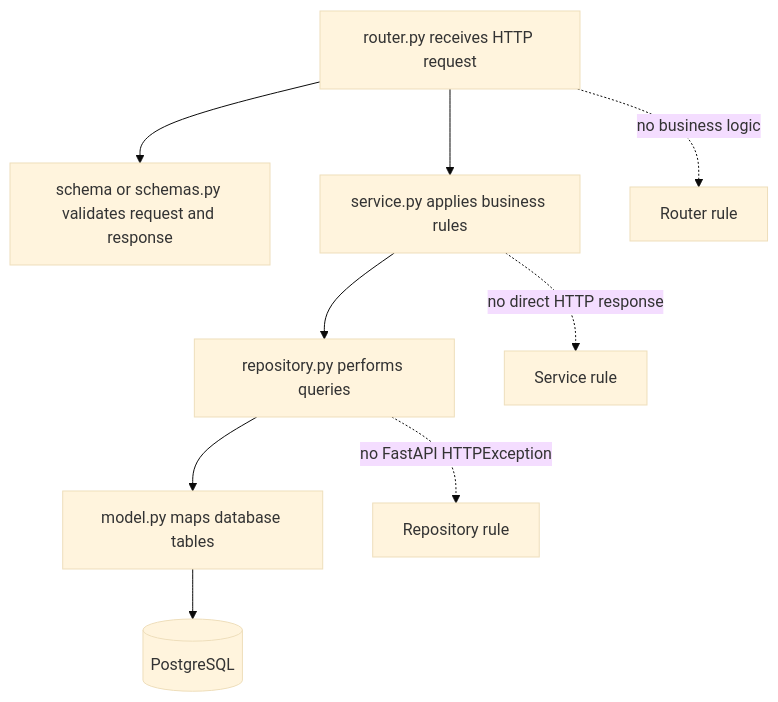
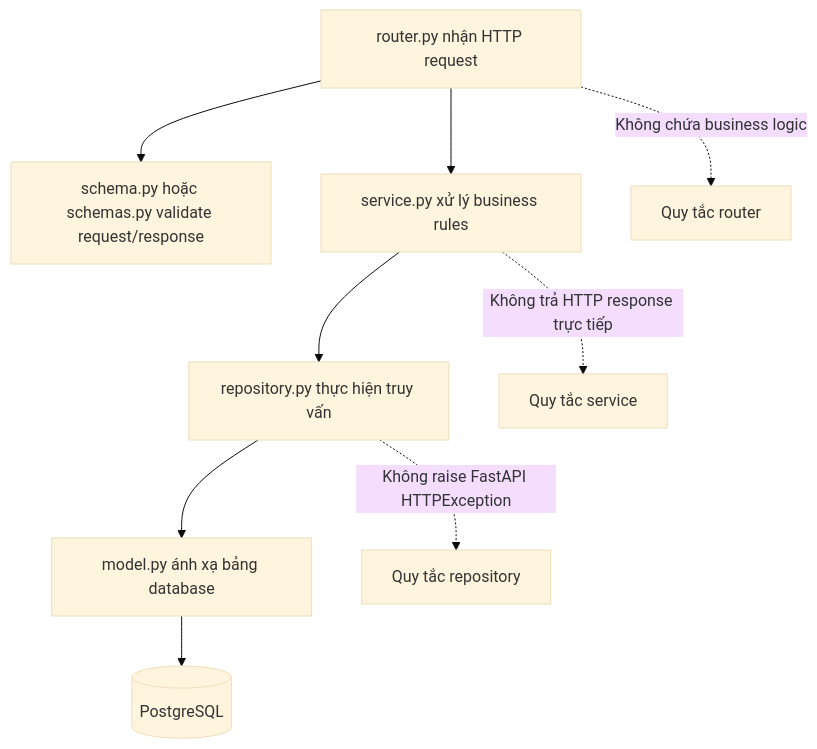
Before and after one commit to VanTruong475/research-thesis-portal: the ninth of 10 diagrams in docs/diagrams_research_thesis_portal.md, drawn with Mermaid (base theme). The commit also changed other lines of this file, not shown here.

Commit message:
docs(diagrams): localize current project Mermaid diagrams

````diff
--- a/docs/diagrams_research_thesis_portal.md
+++ b/docs/diagrams_research_thesis_portal.md
@@ -533,19 +533,19 @@
 ```mermaid
 flowchart TB
-    Router[router.py receives HTTP request]
-    Schema[schema or schemas.py validates request and response]
-    Service[service.py applies business rules]
-    Repository[repository.py performs queries]
-    Model[model.py maps database tables]
-    Database[(PostgreSQL)]
+    Router["router.py nhận HTTP request"]
+    Schema["schema.py hoặc schemas.py validate request/response"]
+    Service["service.py xử lý business rules"]
+    Repository["repository.py thực hiện truy vấn"]
+    Model["model.py ánh xạ bảng database"]
+    Database[("PostgreSQL")]
 
     Router --> Schema
     Router --> Service
     Service --> Repository
     Repository --> Model
     Model --> Database
 
-    Router -. no business logic .-> RouterRule[Router rule]
-    Service -. no direct HTTP response .-> ServiceRule[Service rule]
-    Repository -. no FastAPI HTTPException .-> RepositoryRule[Repository rule]
+    Router -. "Không chứa business logic" .-> RouterRule["Quy tắc router"]
+    Service -. "Không trả HTTP response trực tiếp" .-> ServiceRule["Quy tắc service"]
+    Repository -. "Không raise FastAPI HTTPException" .-> RepositoryRule["Quy tắc repository"]
 ```
````
